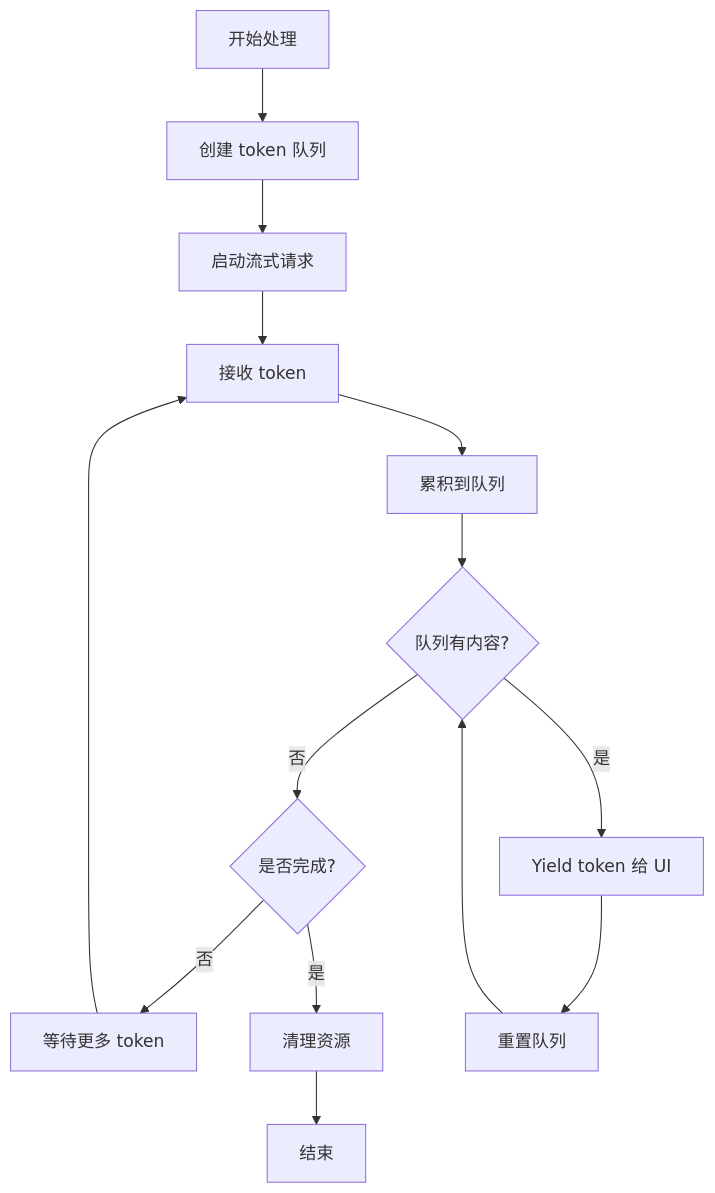
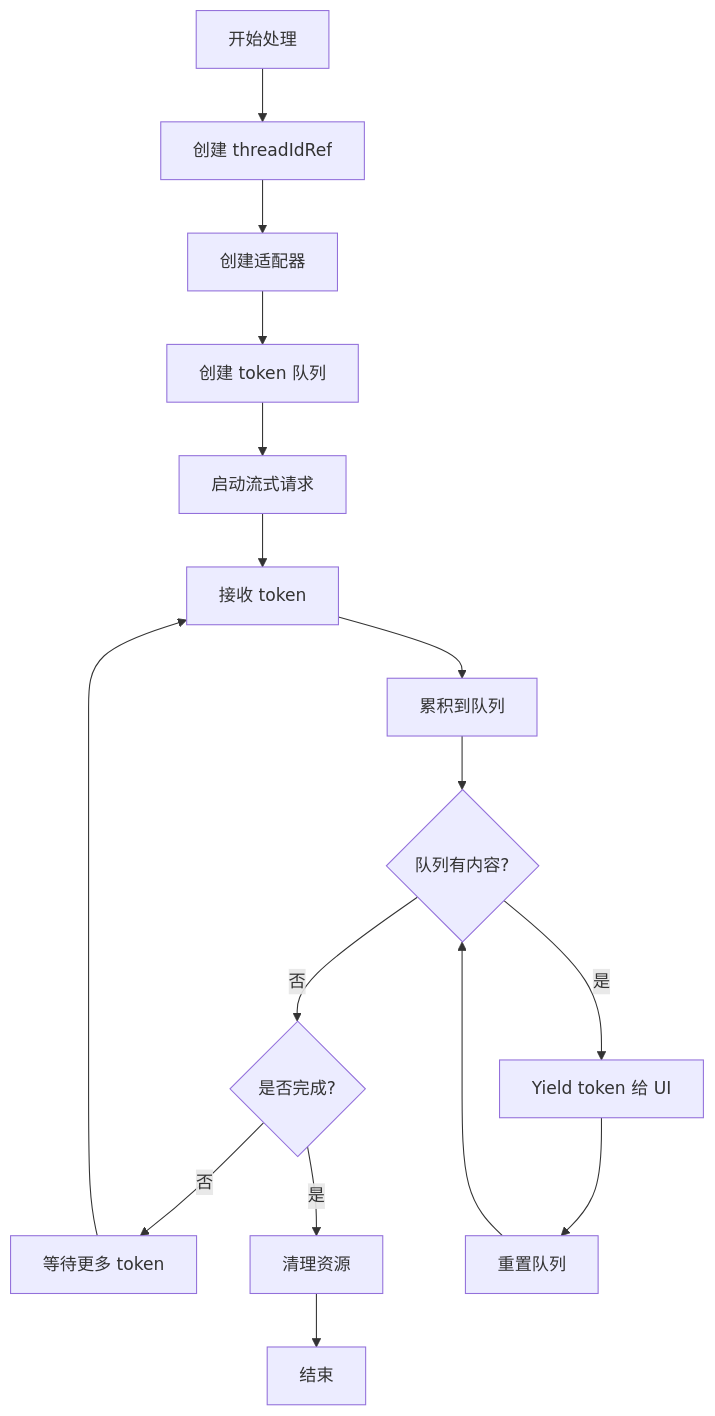
Before and after one commit to HAOFUYANG/onion-code: diagram 14 of 14 in .qoder/repowiki/zh/content/核心架构/React 终端 UI 组件.md, drawn with Mermaid. The commit also changed other lines of this file and 29 other files, not shown here.

````diff
--- a/.qoder/repowiki/zh/content/核心架构/React 终端 UI 组件.md
+++ b/.qoder/repowiki/zh/content/核心架构/React 终端 UI 组件.md
@@ -611,16 +697,18 @@
 ```mermaid
 flowchart TD
-Start[开始处理] --> Queue[创建 token 队列]
+Start[开始处理] --> CreateRef[创建 threadIdRef]
+CreateRef --> CreateAdapter[创建适配器]
+CreateAdapter --> Queue[创建 token 队列]
 Queue --> Stream[启动流式请求]
 Stream --> Token[接收 token]
 Token --> Accumulate[累积到队列]
 Accumulate --> Yield{队列有内容?}
 Yield --> |是| YieldToken[Yield token 给 UI]
 Yield --> |否| CheckDone{是否完成?}
 CheckDone --> |否| Wait[等待更多 token]
 CheckDone --> |是| Cleanup[清理资源]
 Wait --> Token
 YieldToken --> Reset[重置队列]
 Reset --> Yield
 Cleanup --> End[结束]
 ```
````
